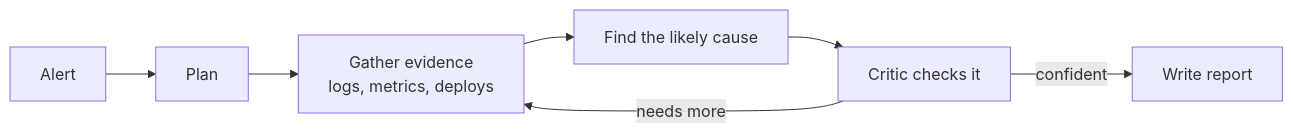
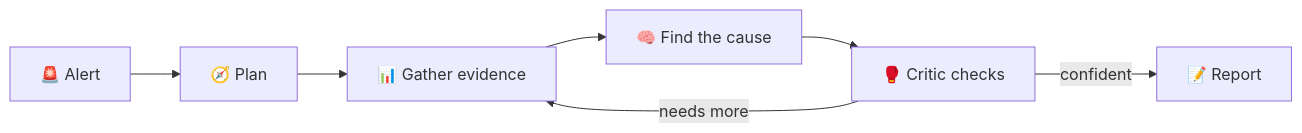
The diagram in README.md (knocBack/incident-investigator), drawn with Mermaid before and after one commit. The commit also changed other lines of this file and 3 other files, not shown here.

Commit message:
docs: friendlier README with roadmap and dashboard previews

````diff
--- a/README.md
+++ b/README.md
@@ -43,9 +67,9 @@
 ```mermaid
 flowchart LR
-    A[Alert] --> P[Plan]
-    P --> G[Gather evidence<br/>logs, metrics, deploys]
-    G --> R[Find the likely cause]
-    R --> C[Critic checks it]
+    A[🚨 Alert] --> P[🧭 Plan]
+    P --> G[📊 Gather evidence]
+    G --> R[🧠 Find the cause]
+    R --> C[🥊 Critic checks]
     C -->|needs more| G
-    C -->|confident| W[Write report]
+    C -->|confident| W[📝 Report]
 ```
````
